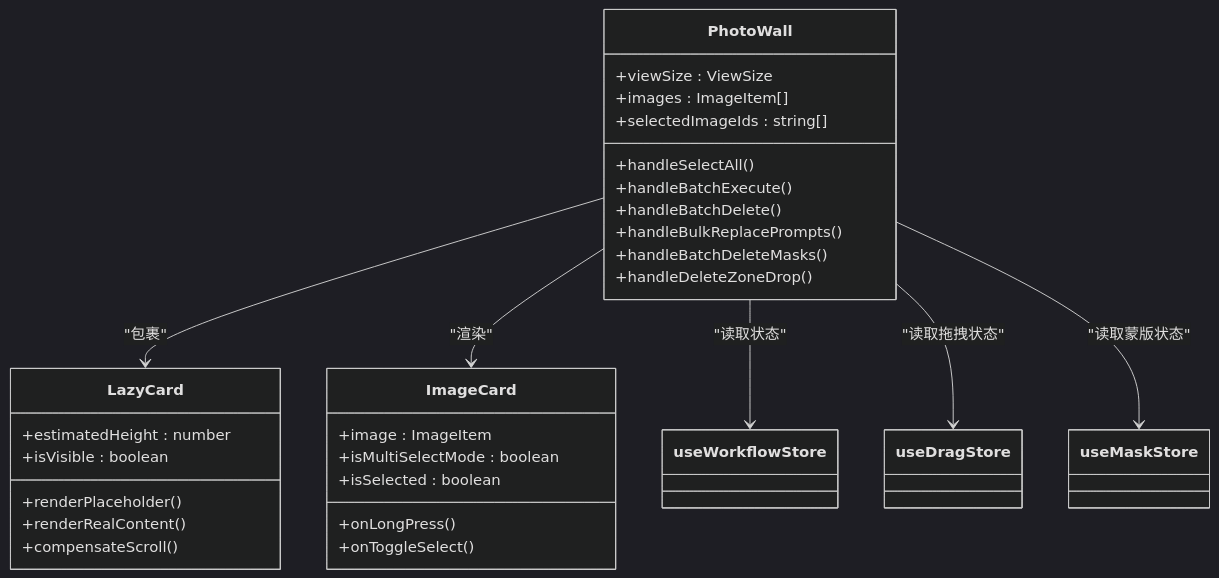
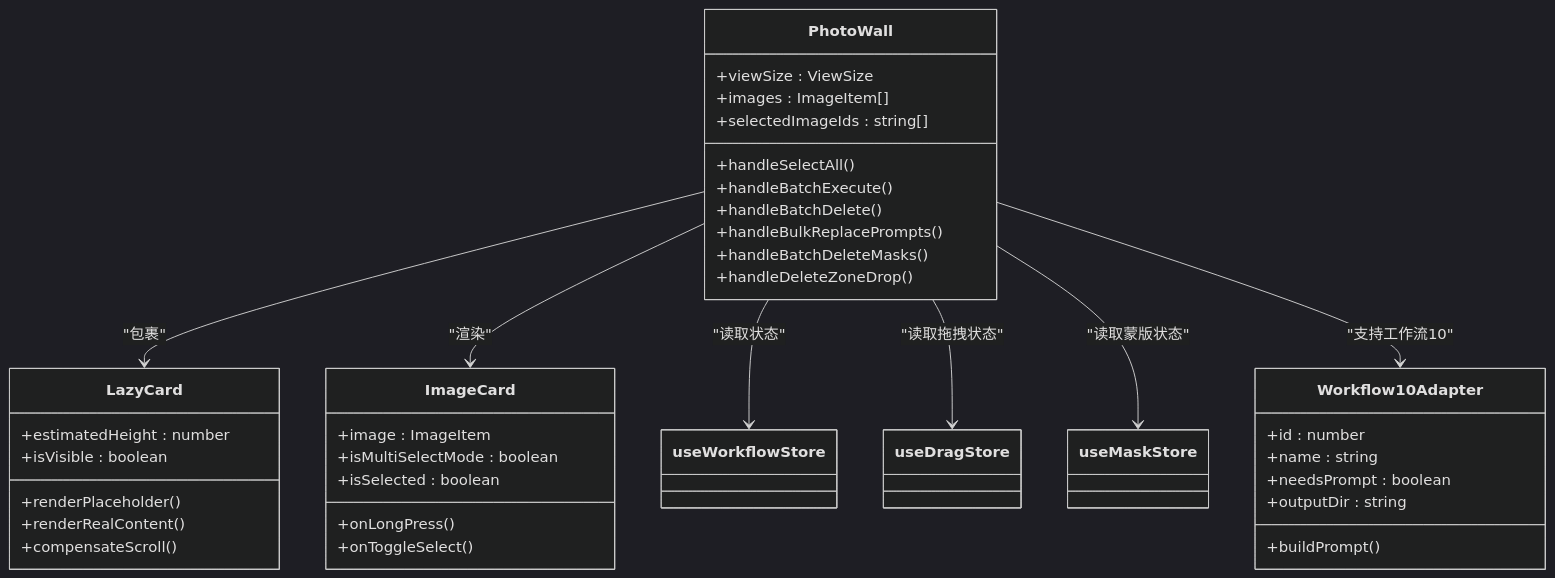
The fourth of 9 diagrams in .qoder/repowiki/zh/content/用户界面组件/核心界面组件/图片墙组件 (PhotoWall).md (billye220670/CorineKit_Pix2Real), drawn with Mermaid (dark theme) before and after one commit. The commit also changed other lines of this file and 21 other files, not shown here.

````diff
--- a/.qoder/repowiki/zh/content/用户界面组件/核心界面组件/图片墙组件 (PhotoWall).md
+++ b/.qoder/repowiki/zh/content/用户界面组件/核心界面组件/图片墙组件 (PhotoWall).md
@@ -190,33 +209,41 @@
 ```mermaid
 classDiagram
 class PhotoWall {
 +viewSize : ViewSize
 +images : ImageItem[]
 +selectedImageIds : string[]
 +handleSelectAll()
 +handleBatchExecute()
 +handleBatchDelete()
 +handleBulkReplacePrompts()
 +handleBatchDeleteMasks()
 +handleDeleteZoneDrop()
 }
 class LazyCard {
 +estimatedHeight : number
 +isVisible : boolean
 +renderPlaceholder()
 +renderRealContent()
 +compensateScroll()
 }
 class ImageCard {
 +image : ImageItem
 +isMultiSelectMode : boolean
 +isSelected : boolean
 +onLongPress()
 +onToggleSelect()
 }
+class Workflow10Adapter {
++id : number
++name : string
++needsPrompt : boolean
++outputDir : string
++buildPrompt()
+}
 PhotoWall --> LazyCard : "包裹"
 PhotoWall --> ImageCard : "渲染"
 PhotoWall --> useWorkflowStore : "读取状态"
 PhotoWall --> useDragStore : "读取拖拽状态"
 PhotoWall --> useMaskStore : "读取蒙版状态"
+PhotoWall --> Workflow10Adapter : "支持工作流10"
 ```
````
